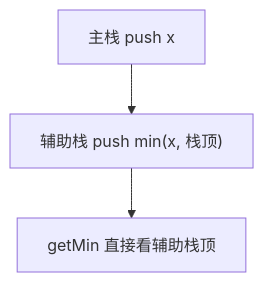
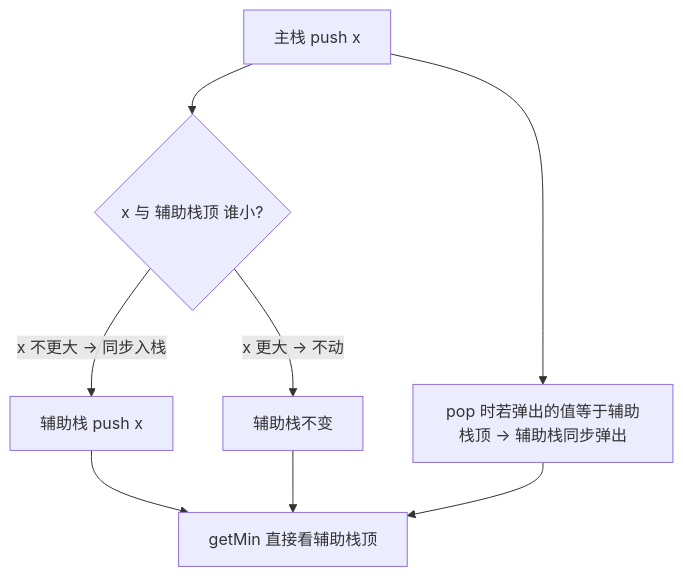
The first of 2 diagrams in 13-栈/0155-最小栈.md (OctalZero/hot100-py), drawn with Mermaid before and after one commit. The commit also changed other lines of this file and 117 other files, not shown here.

First line of the commit message:
feat: 全题解配图升级为「动画式 mermaid」（总览骨架 + 横向时间线逐步推演）

````diff
--- a/13-栈/0155-最小栈.md
+++ b/13-栈/0155-最小栈.md
@@ -39,5 +39,10 @@
 ```mermaid
 flowchart TD
-    A["主栈 push x"] --> B["辅助栈 push min(x, 栈顶)"]
-    B --> C["getMin 直接看辅助栈顶"]
+    A["主栈 push x"] --> B{"x 与 辅助栈顶 谁小?"}
+    B -->|"x 不更大 → 同步入栈"| C["辅助栈 push x"]
+    B -->|"x 更大 → 不动"| D["辅助栈不变"]
+    C --> E["getMin 直接看辅助栈顶"]
+    D --> E
+    A --> F["pop 时若弹出的值等于辅助栈顶 → 辅助栈同步弹出"]
+    F --> E
 ```
````
